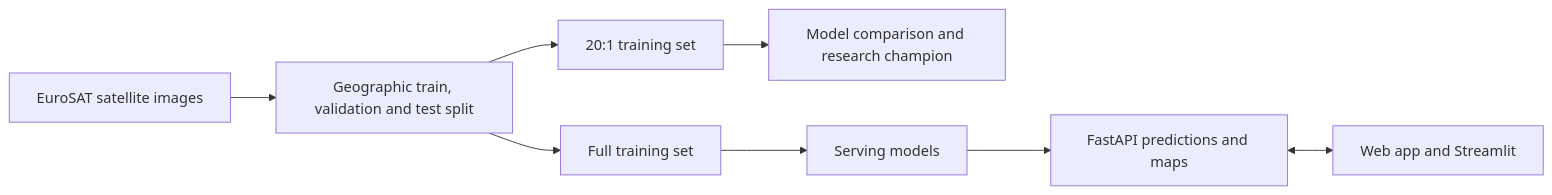
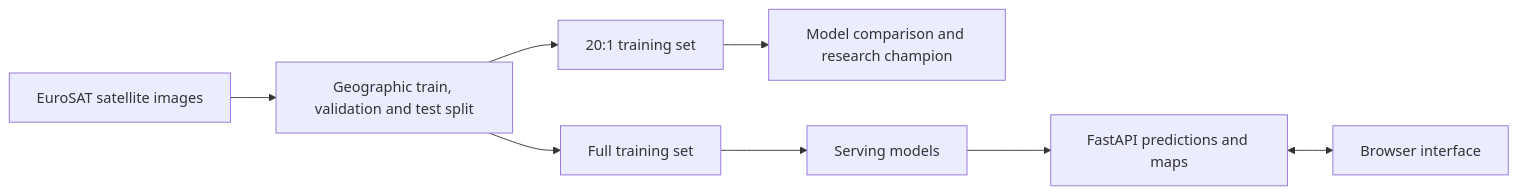
Before and after one commit to kipronopato/EuroSAT_LULC_Capstone: the diagram in README.md, drawn with Mermaid. The commit also changed other lines of this file and 10 other files, not shown here.

Commit message:
Serve the web app without Streamlit and prepare Cloud Run deployment

````diff
--- a/README.md
+++ b/README.md
@@ -64,10 +64,10 @@
 ```mermaid
 flowchart LR
   A["EuroSAT satellite images"] --> B["Geographic train, validation and test split"]
   B --> C["20:1 training set"]
   C --> D["Model comparison and research champion"]
   B --> E["Full training set"]
   E --> F["Serving models"]
   F --> G["FastAPI predictions and maps"]
-  G <--> H["Web app and Streamlit"]
+  G <--> H["Browser interface"]
 ```
````
